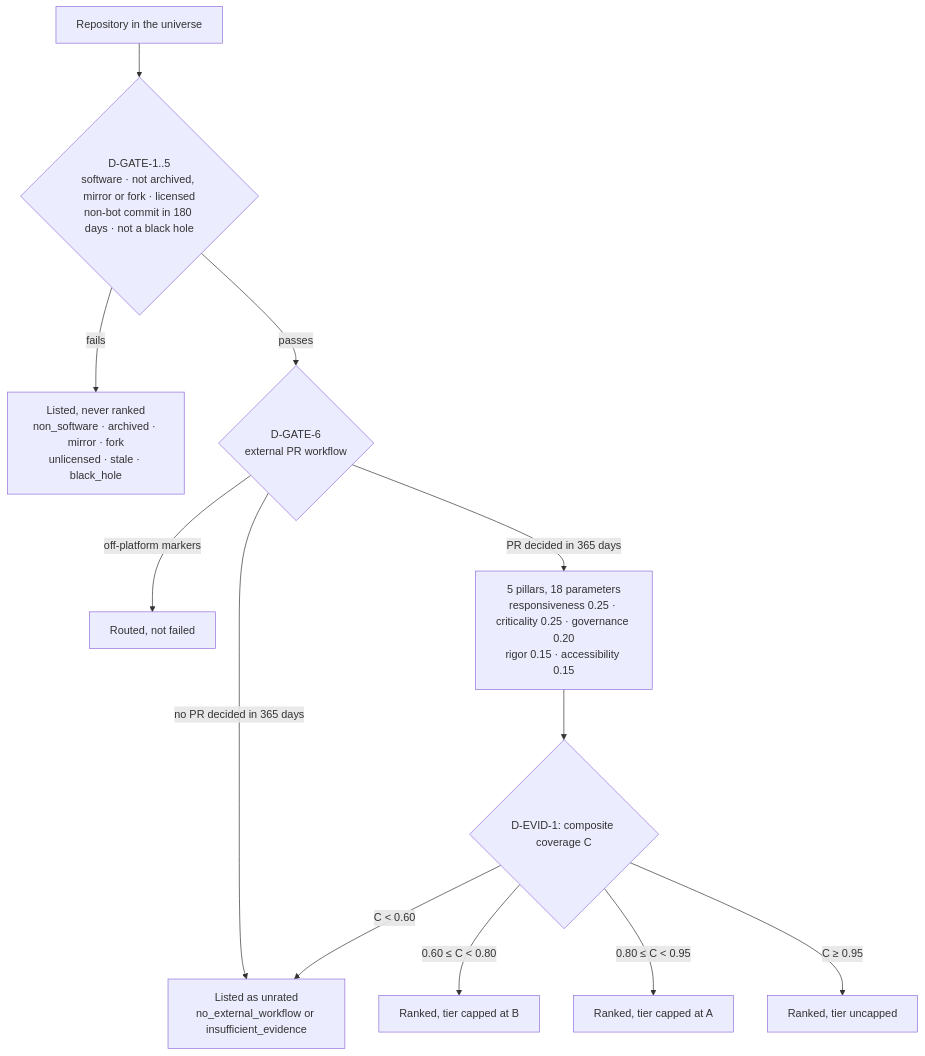
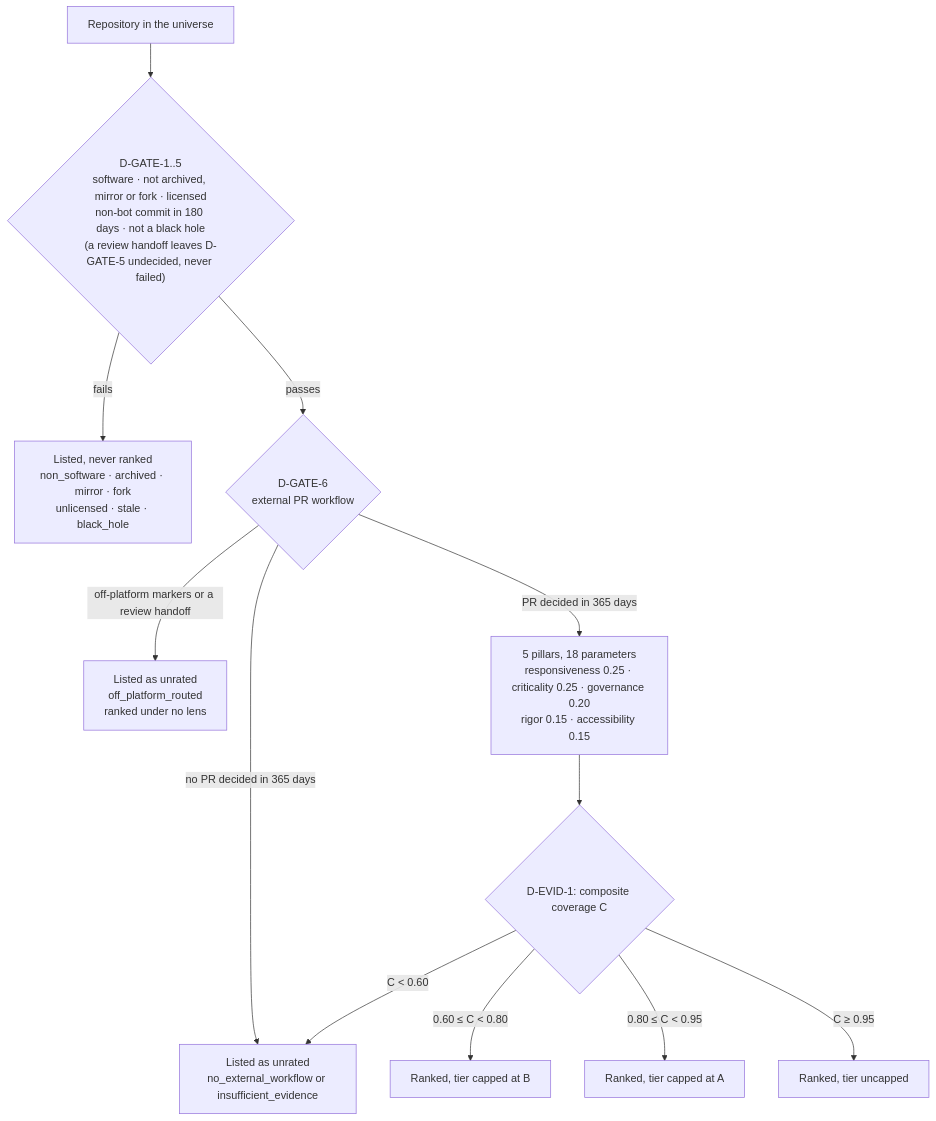
The third of 17 diagrams in docs/ARCHITECTURE.md (pctablet505/porchlamp-engine), drawn with Mermaid before and after one commit. The commit also changed other lines of this file and 9 other files, not shown here.

````diff
--- a/docs/ARCHITECTURE.md
+++ b/docs/ARCHITECTURE.md
@@ -60,14 +56,14 @@
 ```mermaid
 flowchart TB
-    R["Repository in the universe"] --> G{"D-GATE-1..5<br/>software · not archived, mirror or fork · licensed<br/>non-bot commit in 180 days · not a black hole"}
+    R["Repository in the universe"] --> G{"D-GATE-1..5<br/>software · not archived, mirror or fork · licensed<br/>non-bot commit in 180 days · not a black hole<br/>(a review handoff leaves D-GATE-5 undecided, never failed)"}
     G -- "fails" --> NR["Listed, never ranked<br/>non_software · archived · mirror · fork<br/>unlicensed · stale · black_hole"]
     G -- "passes" --> W{"D-GATE-6<br/>external PR workflow"}
-    W -- "off-platform markers" --> OFF["Routed, not failed"]
+    W -- "off-platform markers or a review handoff" --> OFF["Listed as unrated<br/>off_platform_routed<br/>ranked under no lens"]
     W -- "no PR decided in 365 days" --> UN["Listed as unrated<br/>no_external_workflow or insufficient_evidence"]
     W -- "PR decided in 365 days" --> P["5 pillars, 18 parameters<br/>responsiveness 0.25 · criticality 0.25 · governance 0.20<br/>rigor 0.15 · accessibility 0.15"]
     P --> CV{"D-EVID-1: composite coverage C"}
     CV -- "C < 0.60" --> UN
     CV -- "0.60 ≤ C < 0.80" --> B["Ranked, tier capped at B"]
     CV -- "0.80 ≤ C < 0.95" --> A["Ranked, tier capped at A"]
     CV -- "C ≥ 0.95" --> U["Ranked, tier uncapped"]
 ```
````
